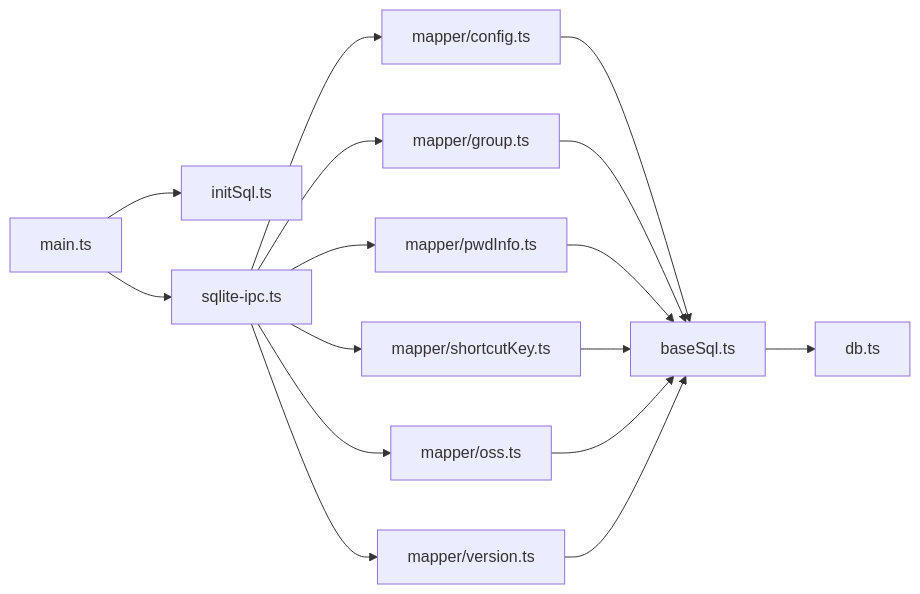
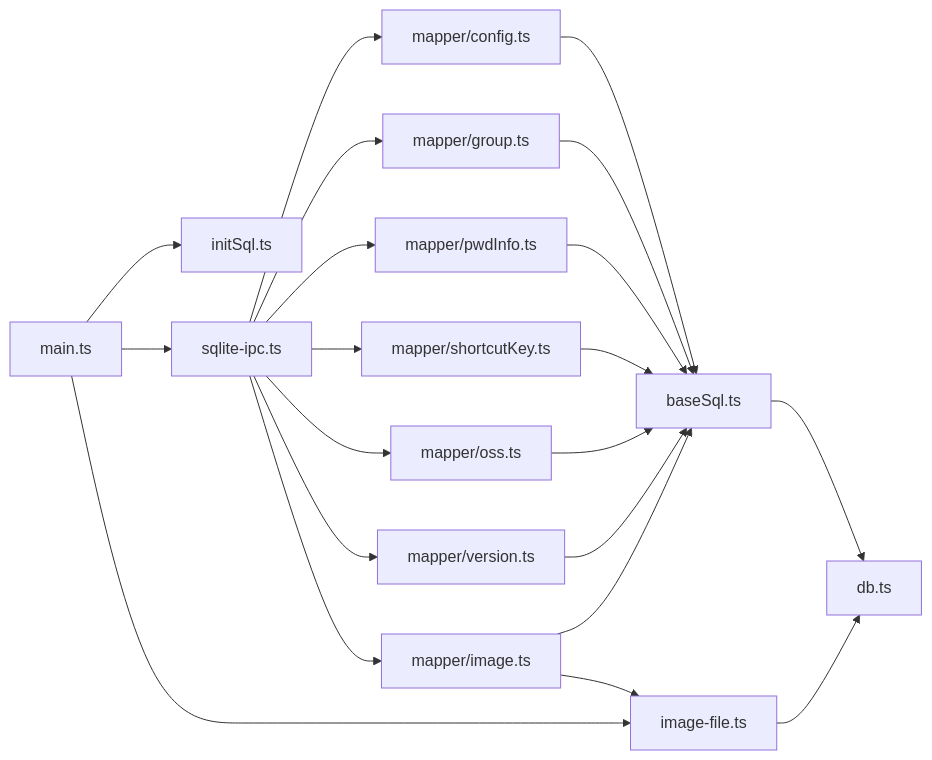
The fifth of 6 diagrams in .qoder/repowiki/zh/content/数据库系统/数据库系统.md (scgithub3220216/password-manager), drawn with Mermaid before and after one commit. The commit also changed other lines of this file and 17 other files, not shown here.

````diff
--- a/.qoder/repowiki/zh/content/数据库系统/数据库系统.md
+++ b/.qoder/repowiki/zh/content/数据库系统/数据库系统.md
@@ -313,18 +394,23 @@
 ```mermaid
 graph LR
 MAIN["main.ts"] --> INIT["initSql.ts"]
 MAIN --> IPC["sqlite-ipc.ts"]
+MAIN --> IMGFILE["image-file.ts"]
 IPC --> MAPCFG["mapper/config.ts"]
 IPC --> MAPGRP["mapper/group.ts"]
 IPC --> MAPPWD["mapper/pwdInfo.ts"]
 IPC --> MAPSK["mapper/shortcutKey.ts"]
 IPC --> MAPOSS["mapper/oss.ts"]
 IPC --> MAPVER["mapper/version.ts"]
+IPC --> MAPIMG["mapper/image.ts"]
 MAPCFG --> BASE["baseSql.ts"]
 MAPGRP --> BASE
 MAPPWD --> BASE
 MAPSK --> BASE
 MAPOSS --> BASE
 MAPVER --> BASE
+MAPIMG --> BASE
+MAPIMG --> IMGFILE["image-file.ts"]
 BASE --> DB["db.ts"]
+IMGFILE --> DB
 ```
````
